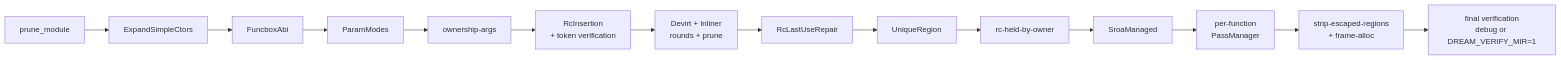
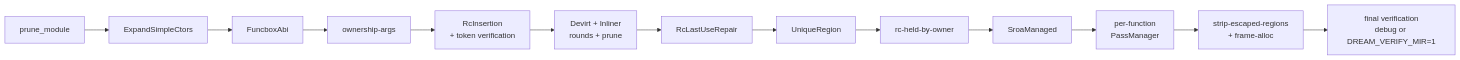
The first of 2 diagrams in docs/internals/05-writing-passes.md (sps014/dream), drawn with Mermaid before and after one commit. The commit also changed other lines of this file and 39 other files, not shown here.

````diff
--- a/docs/internals/05-writing-passes.md
+++ b/docs/internals/05-writing-passes.md
@@ -35,4 +35,4 @@
 ```mermaid
 flowchart LR
-    prune1[prune_module] --> expand[ExpandSimpleCtors] --> fbox[FuncboxAbi] --> pm[ParamModes] --> args[ownership-args] --> rc[RcInsertion\n+ token verification] --> inline[Devirt + Inliner\nrounds + prune] --> repair[RcLastUseRepair] --> ur[UniqueRegion] --> held[rc-held-by-owner] --> sm[SroaManaged] --> perfn[per-function\nPassManager] --> late[strip-escaped-regions\n+ frame-alloc] --> verify[final verification\ndebug or DREAM_VERIFY_MIR=1]
+    prune1[prune_module] --> expand[ExpandSimpleCtors] --> fbox[FuncboxAbi] --> args[ownership-args] --> rc[RcInsertion\n+ token verification] --> inline[Devirt + Inliner\nrounds + prune] --> repair[RcLastUseRepair] --> ur[UniqueRegion] --> held[rc-held-by-owner] --> sm[SroaManaged] --> perfn[per-function\nPassManager] --> late[strip-escaped-regions\n+ frame-alloc] --> verify[final verification\ndebug or DREAM_VERIFY_MIR=1]
 ```
````
